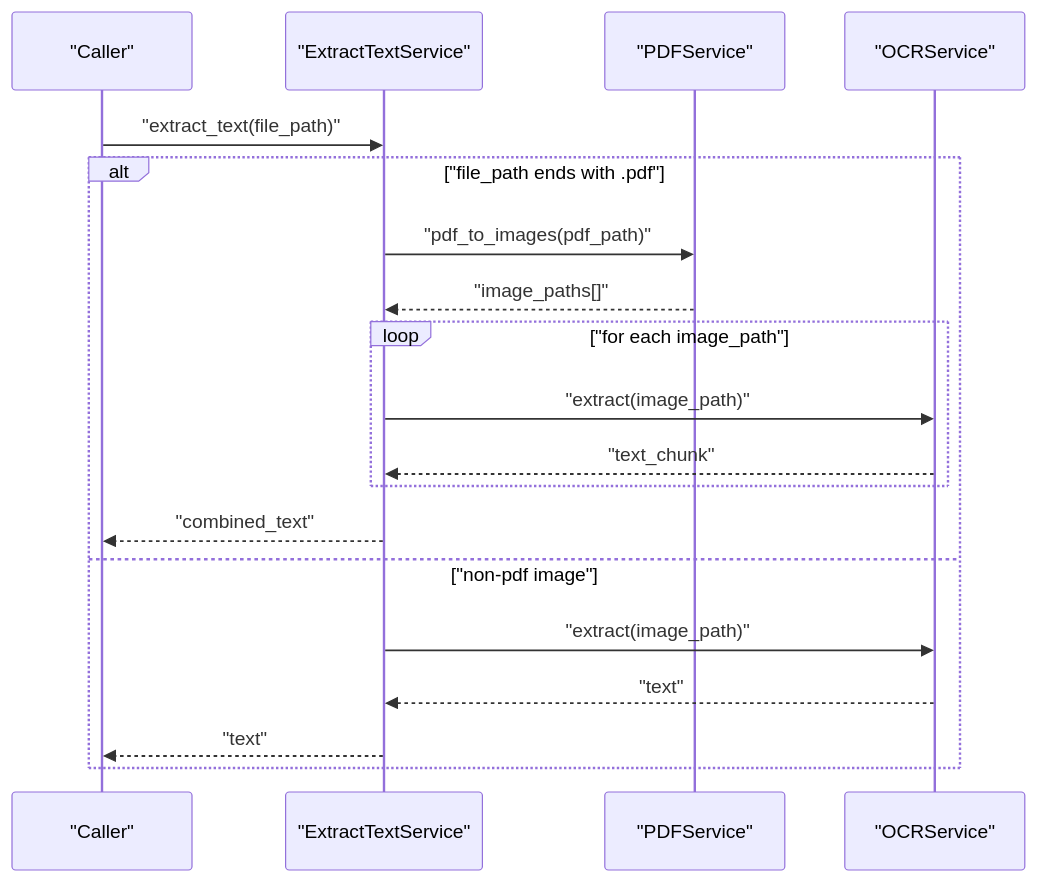
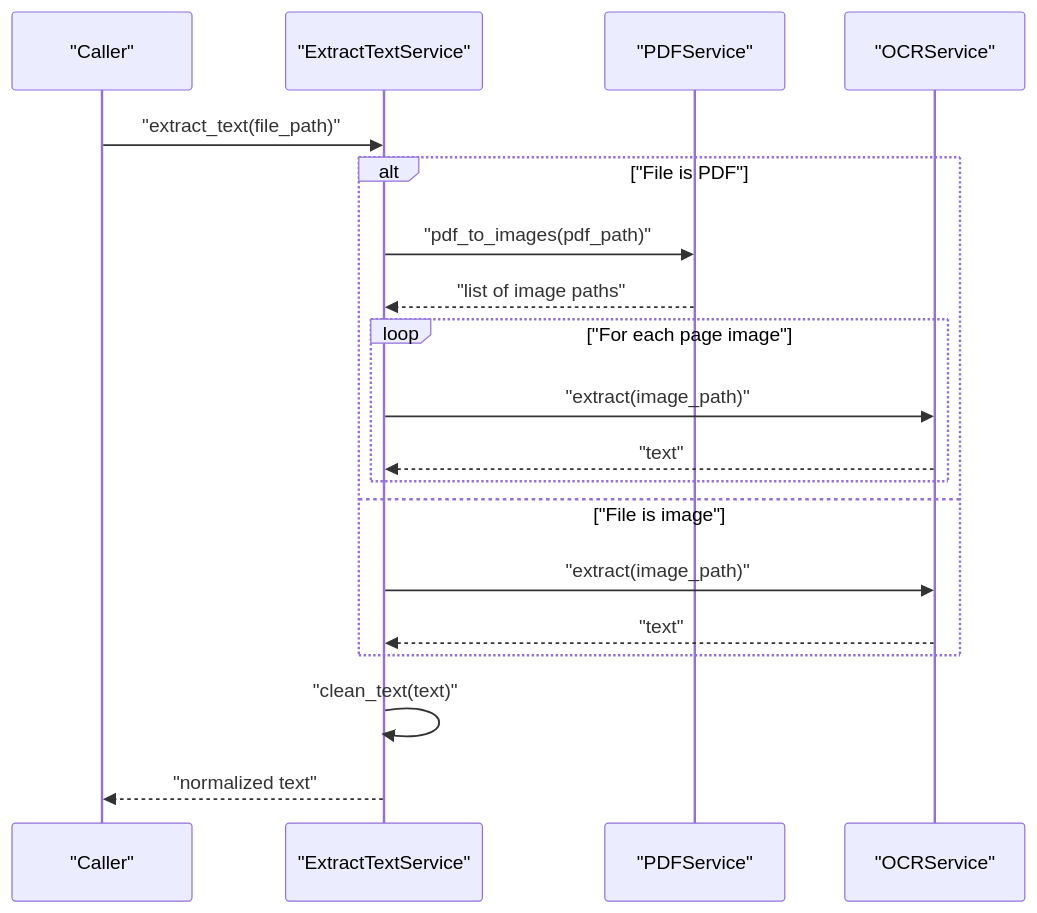
One commit to HamzaHindo/veritasshield changed the second of 7 diagrams in backend/.qoder/repowiki/en/content/Text Extraction Engine/Text Extraction Engine.md. Above: the diagram before and after it, drawn with Mermaid. The commit also changed other lines of this file and 49 other files, not shown here.

````diff
--- a/backend/.qoder/repowiki/en/content/Text Extraction Engine/Text Extraction Engine.md
+++ b/backend/.qoder/repowiki/en/content/Text Extraction Engine/Text Extraction Engine.md
@@ -109,21 +103,21 @@
 ```mermaid
 sequenceDiagram
 participant Client as "Caller"
 participant Extractor as "ExtractTextService"
 participant PDFSvc as "PDFService"
 participant OCRSvc as "OCRService"
 Client->>Extractor : "extract_text(file_path)"
-alt "file_path ends with .pdf"
+alt "File is PDF"
 Extractor->>PDFSvc : "pdf_to_images(pdf_path)"
-PDFSvc-->>Extractor : "image_paths[]"
-loop "for each image_path"
-Extractor->>OCRSvc : "extract(image_path)"
-OCRSvc-->>Extractor : "text_chunk"
-end
-Extractor-->>Client : "combined_text"
-else "non-pdf image"
+PDFSvc-->>Extractor : "list of image paths"
+loop "For each page image"
 Extractor->>OCRSvc : "extract(image_path)"
 OCRSvc-->>Extractor : "text"
-Extractor-->>Client : "text"
 end
+else "File is image"
+Extractor->>OCRSvc : "extract(image_path)"
+OCRSvc-->>Extractor : "text"
+end
+Extractor->>Extractor : "clean_text(text)"
+Extractor-->>Client : "normalized text"
 ```
````
